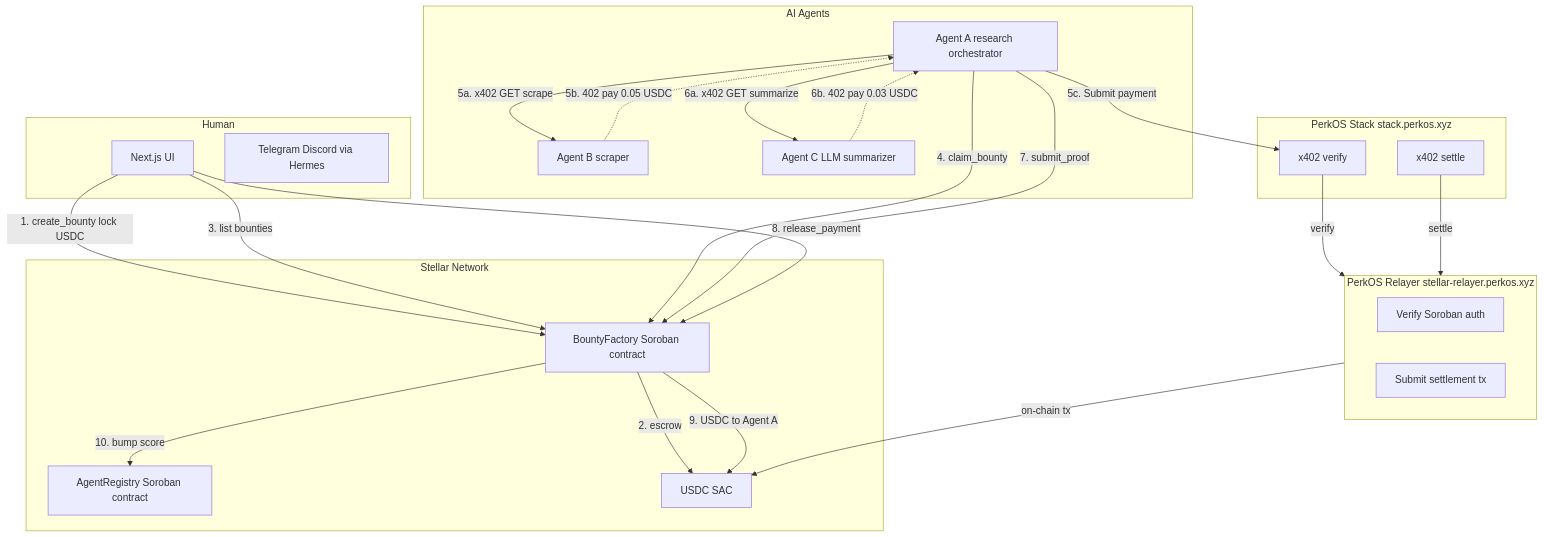
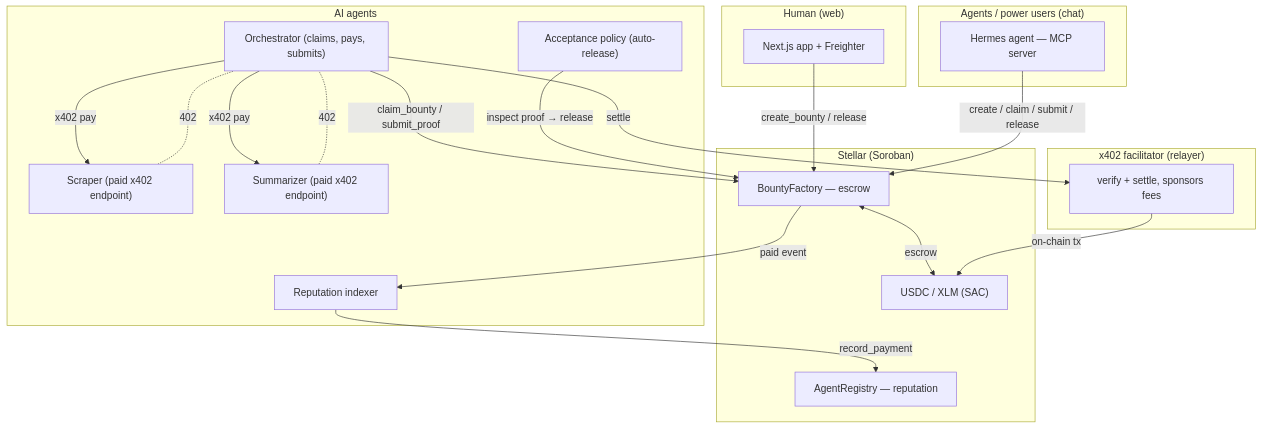
One commit to JulioMCruz/QuestBoard changed the diagram in README.md. Above: the diagram before and after it, drawn with Mermaid. The commit also changed other lines of this file and 3 other files, not shown here.

````diff
--- a/README.md
+++ b/README.md
@@ -45,50 +82,38 @@
 ```mermaid
 flowchart TB
-    subgraph Human["Human"]
-        Browser["Next.js UI"]
-        TG["Telegram Discord via Hermes"]
+    subgraph Human["Human (web)"]
+        Browser["Next.js app + Freighter"]
+    end
+    subgraph Chat["Agents / power users (chat)"]
+        Hermes["Hermes agent — MCP server"]
+    end
+    subgraph Stellar["Stellar (Soroban)"]
+        BF["BountyFactory — escrow"]
+        AR["AgentRegistry — reputation"]
+        TOK["USDC / XLM (SAC)"]
+    end
+    subgraph X402["x402 facilitator (relayer)"]
+        VS["verify + settle, sponsors fees"]
+    end
+    subgraph Agents["AI agents"]
+        A["Orchestrator (claims, pays, submits)"]
+        B["Scraper (paid x402 endpoint)"]
+        C["Summarizer (paid x402 endpoint)"]
+        ACC["Acceptance policy (auto-release)"]
+        IDX["Reputation indexer"]
     end
 
-    subgraph Stellar["Stellar Network"]
-        BF["BountyFactory Soroban contract"]
-        AR["AgentRegistry Soroban contract"]
-        USDC["USDC SAC"]
-    end
-
-    subgraph Stack["PerkOS Stack stack.perkos.xyz"]
-        Verify["x402 verify"]
-        Settle["x402 settle"]
-    end
-
-    subgraph Relayer["PerkOS Relayer stellar-relayer.perkos.xyz"]
-        SorobanAuth["Verify Soroban auth"]
-        Submit["Submit settlement tx"]
-    end
-
-    subgraph Agents["AI Agents"]
-        AgentA["Agent A research orchestrator"]
-        AgentB["Agent B scraper"]
-        AgentC["Agent C LLM summarizer"]
-    end
-
-    Browser -->|"1. create_bounty lock USDC"| BF
-    BF -->|"2. escrow"| USDC
-
-    Browser -->|"3. list bounties"| BF
-    AgentA -->|"4. claim_bounty"| BF
-
-    AgentA -->|"5a. x402 GET scrape"| AgentB
-    AgentB -.->|"5b. 402 pay 0.05 USDC"| AgentA
-    AgentA -->|"5c. Submit payment"| Verify
-    Verify -->|"verify"| Relayer
-    Settle -->|"settle"| Relayer
-    Relayer -->|"on-chain tx"| USDC
-
-    AgentA -->|"6a. x402 GET summarize"| AgentC
-    AgentC -.->|"6b. 402 pay 0.03 USDC"| AgentA
-
-    AgentA -->|"7. submit_proof"| BF
-    Browser -->|"8. release_payment"| BF
-    BF -->|"9. USDC to Agent A"| USDC
-    BF -->|"10. bump score"| AR
+    Browser -->|create_bounty / release| BF
+    Hermes -->|create / claim / submit / release| BF
+    BF <-->|escrow| TOK
+    A -->|claim_bounty / submit_proof| BF
+    A -->|x402 pay| B
+    A -->|x402 pay| C
+    B -. 402 .- A
+    C -. 402 .- A
+    A -->|settle| VS
+    VS -->|on-chain tx| TOK
+    ACC -->|inspect proof → release| BF
+    BF -->|paid event| IDX
+    IDX -->|record_payment| AR
 ```
````
